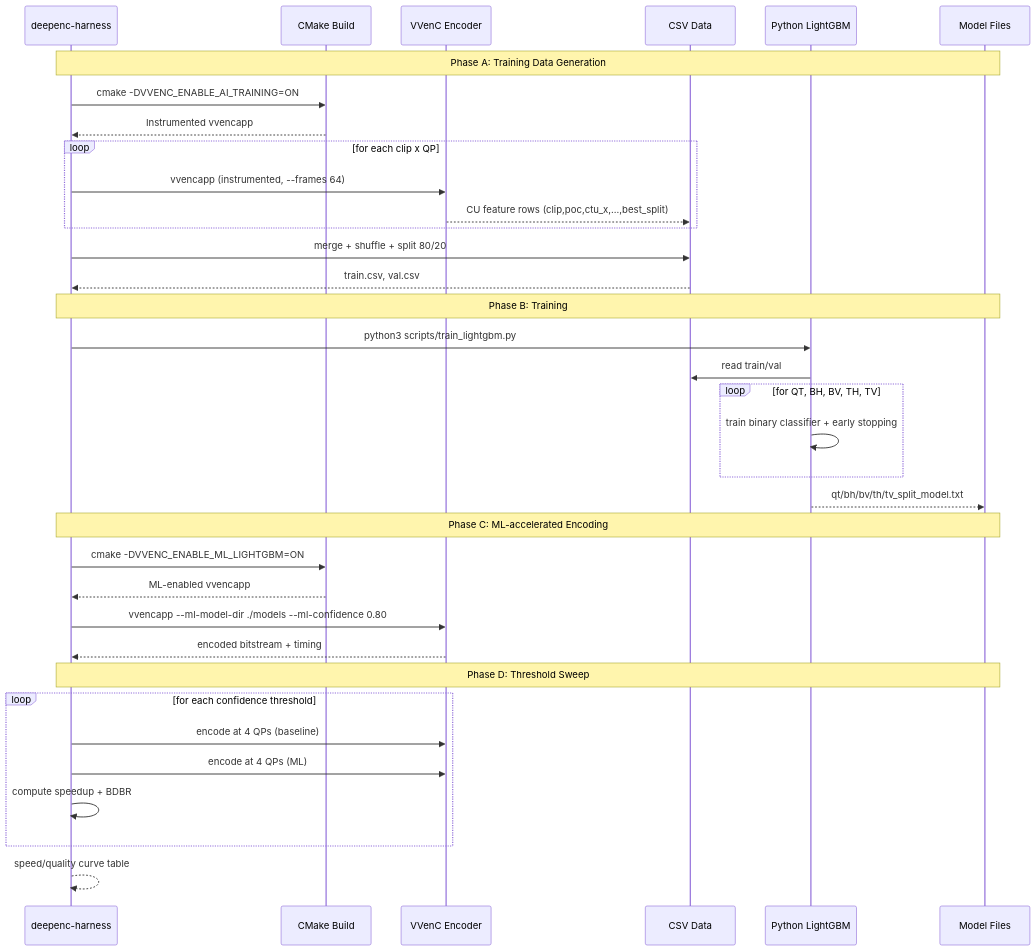
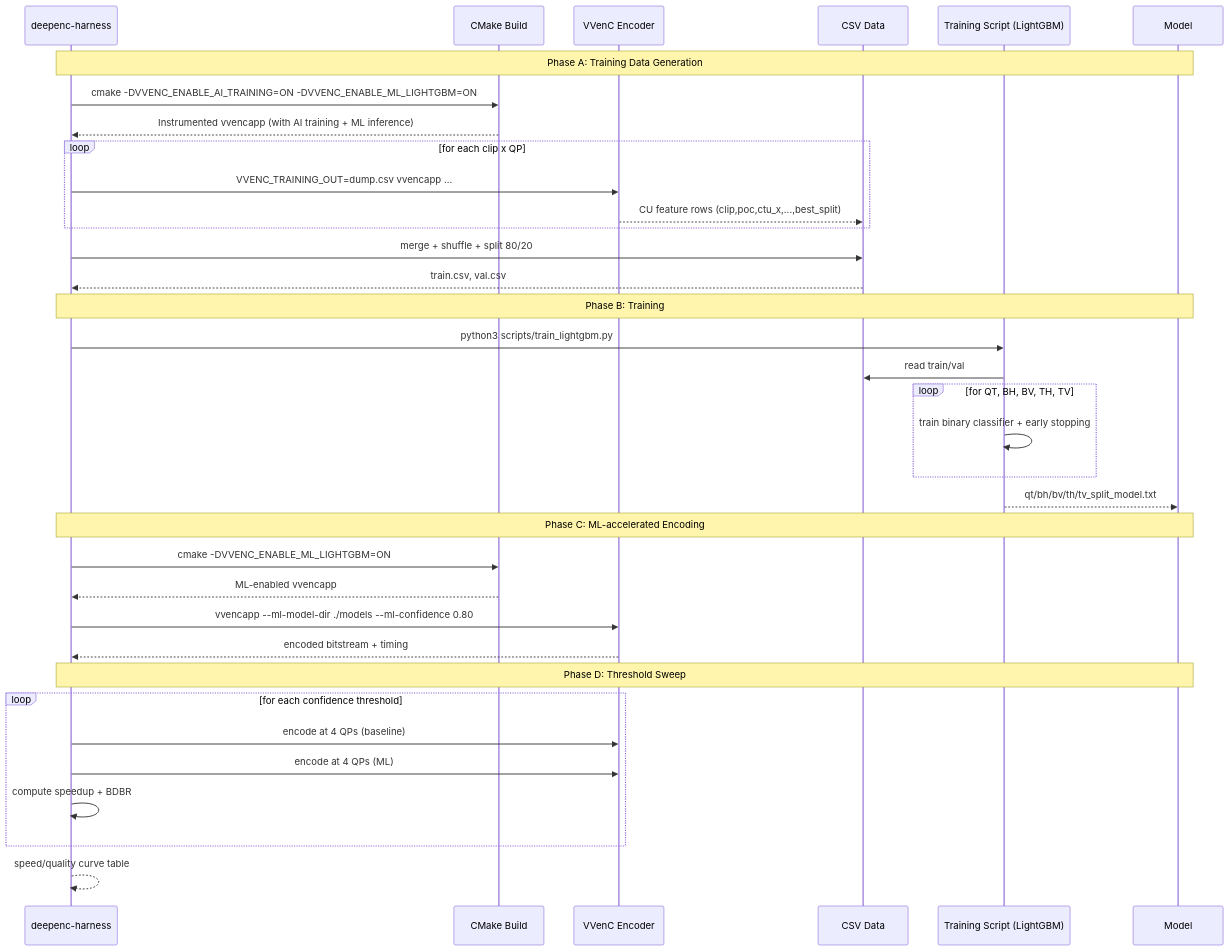
One commit to opensassi/deepenc-harness changed the first of 5 diagrams in technical-specification.md. Above: the diagram before and after it, drawn with Mermaid. The commit also changed other lines of this file and 9 other files, not shown here.

Commit message:
implement ml training harness

````diff
--- a/technical-specification.md
+++ b/technical-specification.md
@@ -16,41 +16,40 @@
 ```mermaid
 sequenceDiagram
     participant Harness as deepenc-harness
     participant CMake as CMake Build
     participant VVenC as VVenC Encoder
     participant CSV as CSV Data
-    participant Python as Python LightGBM
-    participant Model as Model Files
+    participant TrainingScript as Training Script (LightGBM)
 
     Note over Harness,Model: Phase A: Training Data Generation
-    Harness->>CMake: cmake -DVVENC_ENABLE_AI_TRAINING=ON
-    CMake-->>Harness: Instrumented vvencapp
+    Harness->>CMake: cmake -DVVENC_ENABLE_AI_TRAINING=ON -DVVENC_ENABLE_ML_LIGHTGBM=ON
+    CMake-->>Harness: Instrumented vvencapp (with AI training + ML inference)
     loop for each clip x QP
-        Harness->>VVenC: vvencapp (instrumented, --frames 64)
+        Harness->>VVenC: VVENC_TRAINING_OUT=dump.csv vvencapp ...
         VVenC-->>CSV: CU feature rows (clip,poc,ctu_x,...,best_split)
     end
     Harness->>CSV: merge + shuffle + split 80/20
     CSV-->>Harness: train.csv, val.csv
 
     Note over Harness,Model: Phase B: Training
-    Harness->>Python: python3 scripts/train_lightgbm.py
-    Python->>CSV: read train/val
+    Harness->>TrainingScript: python3 scripts/train_lightgbm.py
+    TrainingScript->>CSV: read train/val
     loop for QT, BH, BV, TH, TV
-        Python->>Python: train binary classifier + early stopping
+        TrainingScript->>TrainingScript: train binary classifier + early stopping
     end
-    Python-->>Model: qt/bh/bv/th/tv_split_model.txt
+    TrainingScript-->>Model: qt/bh/bv/th/tv_split_model.txt
 
     Note over Harness,Model: Phase C: ML-accelerated Encoding
     Harness->>CMake: cmake -DVVENC_ENABLE_ML_LIGHTGBM=ON
     CMake-->>Harness: ML-enabled vvencapp
     Harness->>VVenC: vvencapp --ml-model-dir ./models --ml-confidence 0.80
     VVenC-->>Harness: encoded bitstream + timing
 
     Note over Harness,Model: Phase D: Threshold Sweep
     loop for each confidence threshold
         Harness->>VVenC: encode at 4 QPs (baseline)
         Harness->>VVenC: encode at 4 QPs (ML)
         Harness->>Harness: compute speedup + BDBR
     end
     Harness-->>Harness: speed/quality curve table
 ```
````
